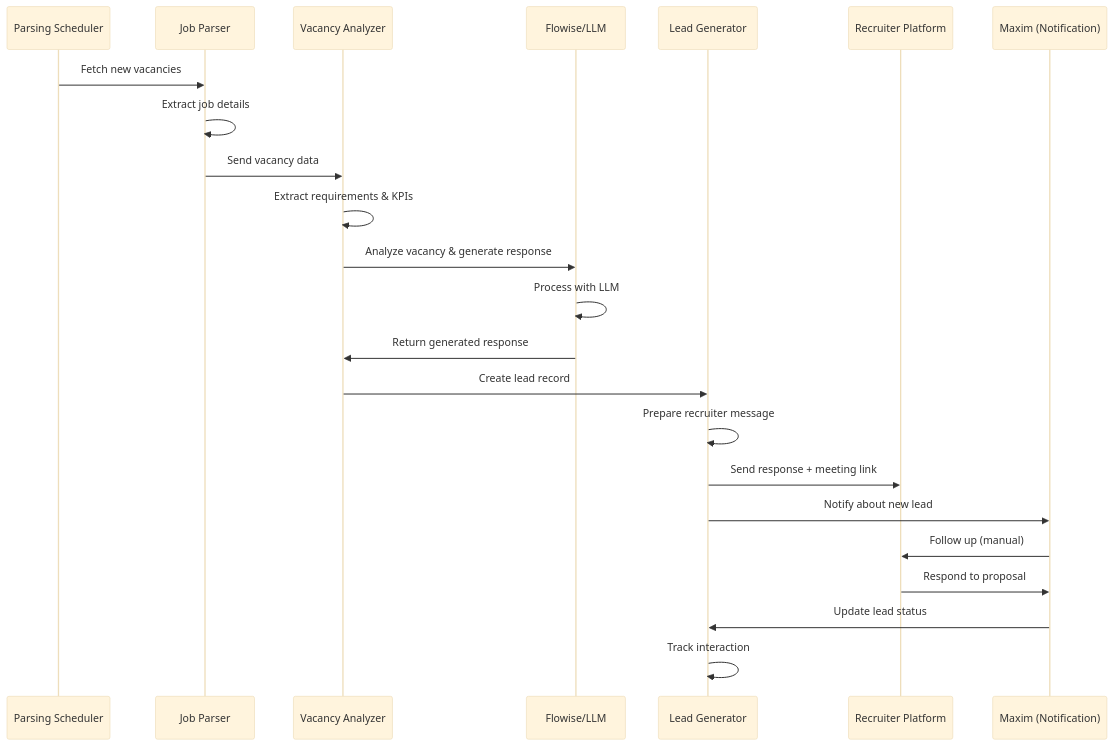
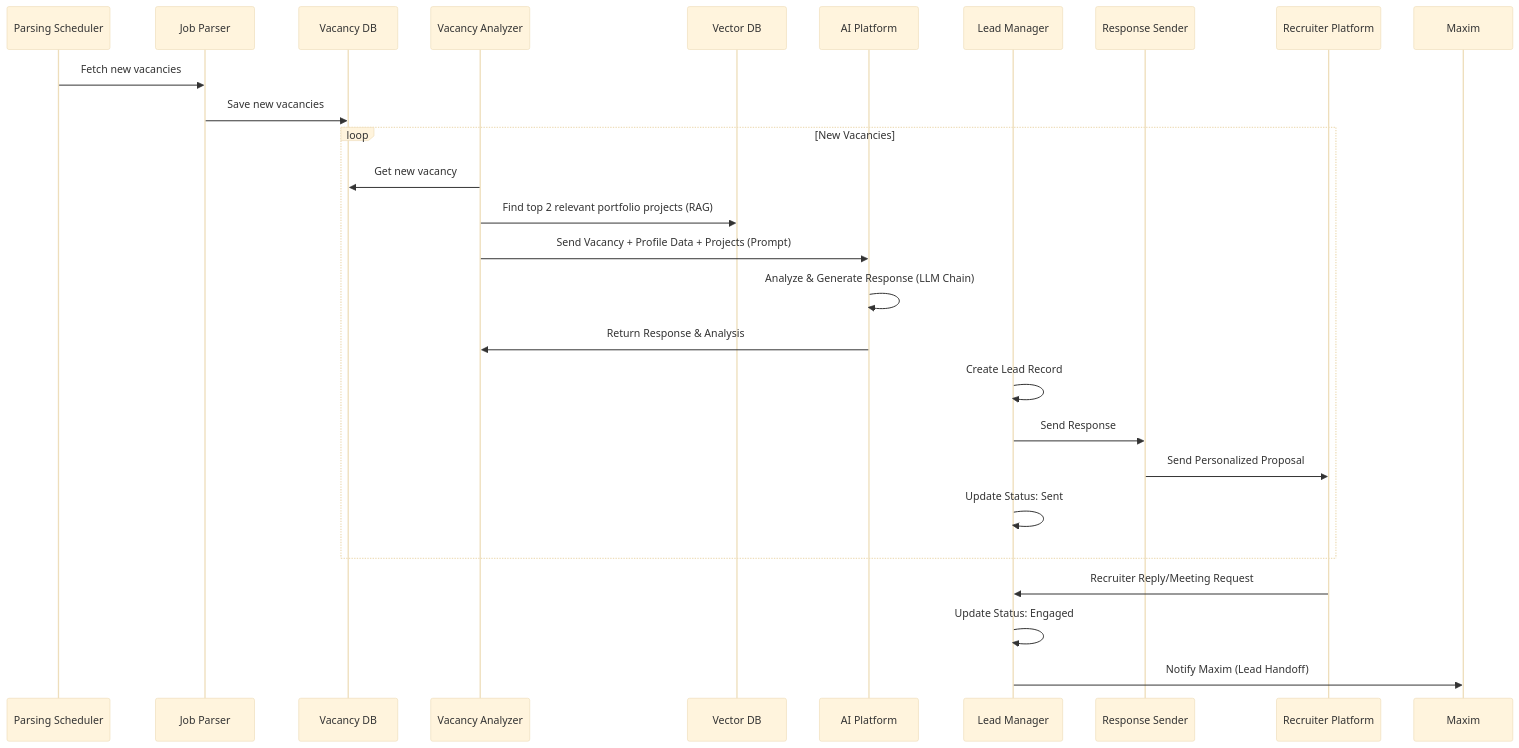
The second of 2 diagrams in ARCHITECTURE_DIAGRAM.md (FlowNice/job-application-agent), drawn with Mermaid (base theme) before and after one commit. The commit also changed other lines of this file, not shown here.

Commit message:
Architecture Update: Added VectorDB, Caching, and 4 Target Profiles. Removed Flowise mentions.

````diff
--- a/ARCHITECTURE_DIAGRAM.md
+++ b/ARCHITECTURE_DIAGRAM.md
@@ -103,30 +91,35 @@
 ```mermaid
 sequenceDiagram
     participant Scheduler as Parsing Scheduler
     participant Parser as Job Parser
+    participant VacancyDB as Vacancy DB
     participant Analyzer as Vacancy Analyzer
-    participant Flowise as Flowise/LLM
-    participant LeadGen as Lead Generator
+    participant VectorDB as Vector DB
+    participant AIPlatform as AI Platform
+    participant LeadManager as Lead Manager
+    participant Sender as Response Sender
     participant Recruiter as Recruiter Platform
-    participant Maxim as Maxim (Notification)
     
     Scheduler->>Parser: Fetch new vacancies
-    Parser->>Parser: Extract job details
-    Parser->>Analyzer: Send vacancy data
+    Parser->>VacancyDB: Save new vacancies
     
-    Analyzer->>Analyzer: Extract requirements & KPIs
-    Analyzer->>Flowise: Analyze vacancy & generate response
-    Flowise->>Flowise: Process with LLM
-    Flowise->>Analyzer: Return generated response
+    loop New Vacancies
+        Analyzer->>VacancyDB: Get new vacancy
+        Analyzer->>VectorDB: Find top 2 relevant portfolio projects (RAG)
+        Analyzer->>AIPlatform: Send Vacancy + Profile Data + Projects (Prompt)
+        
+        AIPlatform->>AIPlatform: Analyze & Generate Response (LLM Chain)
+        
+        AIPlatform->>Analyzer: Return Response & Analysis
+        
+        LeadManager->>LeadManager: Create Lead Record
+        LeadManager->>Sender: Send Response
+        Sender->>Recruiter: Send Personalized Proposal
+        
+        LeadManager->>LeadManager: Update Status: Sent
+    end
     
-    Analyzer->>LeadGen: Create lead record
-    LeadGen->>LeadGen: Prepare recruiter message
-    LeadGen->>Recruiter: Send response + meeting link
-    
-    LeadGen->>Maxim: Notify about new lead
-    Maxim->>Recruiter: Follow up (manual)
-    Recruiter->>Maxim: Respond to proposal
-    
-    Maxim->>LeadGen: Update lead status
-    LeadGen->>LeadGen: Track interaction
+    Recruiter->>LeadManager: Recruiter Reply/Meeting Request
+    LeadManager->>LeadManager: Update Status: Engaged
+    LeadManager->>Maxim: Notify Maxim (Lead Handoff)
 ```
````
